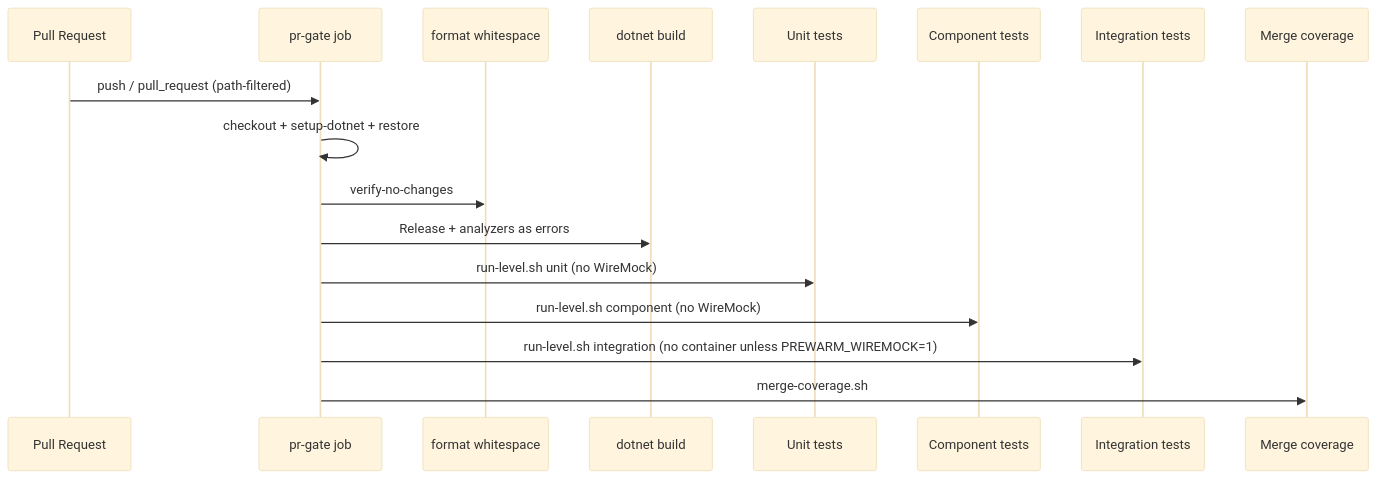
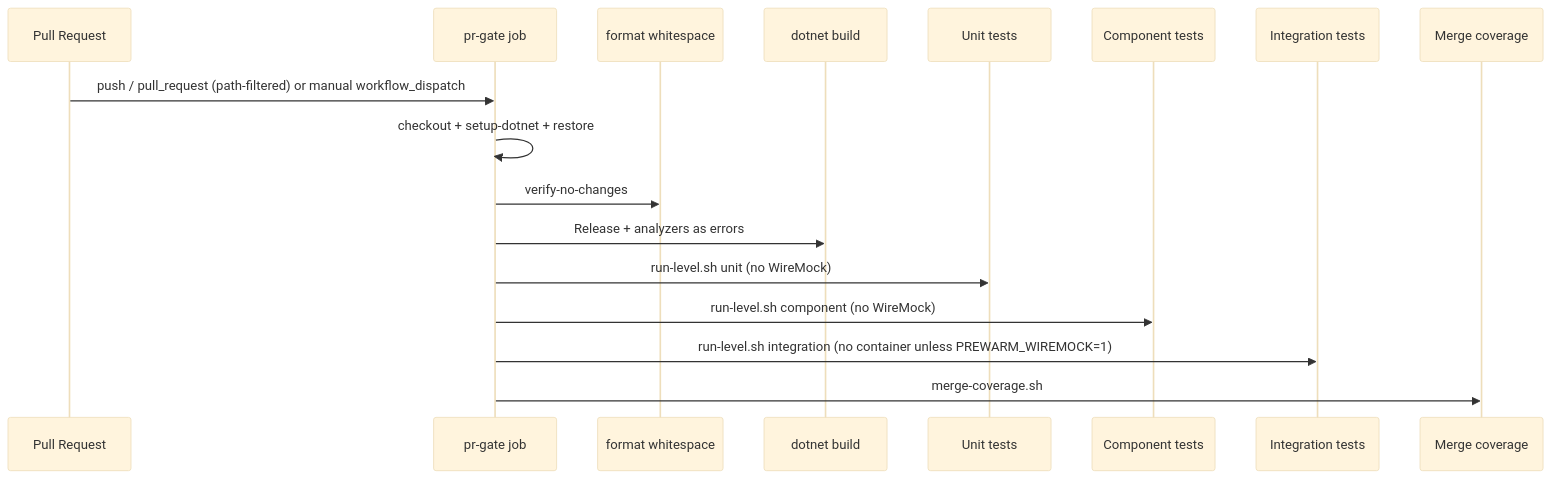
The diagram in .github/CI_AGENTS.md (generic-automation-and-it/smooth-ai-stockanalysis), drawn with Mermaid (base theme) before and after one commit. The commit also changed other lines of this file and 10 other files, not shown here.

````diff
--- a/.github/CI_AGENTS.md
+++ b/.github/CI_AGENTS.md
@@ -30,20 +30,20 @@
 ```mermaid
 sequenceDiagram
     participant PR as Pull Request
     participant Gate as pr-gate job
     participant Format as format whitespace
     participant Build as dotnet build
     participant Unit as Unit tests
     participant Comp as Component tests
     participant Integ as Integration tests
     participant Cov as Merge coverage
 
-    PR->>Gate: push / pull_request (path-filtered)
+    PR->>Gate: push / pull_request (path-filtered) or manual workflow_dispatch
     Gate->>Gate: checkout + setup-dotnet + restore
     Gate->>Format: verify-no-changes
     Gate->>Build: Release + analyzers as errors
     Gate->>Unit: run-level.sh unit (no WireMock)
     Gate->>Comp: run-level.sh component (no WireMock)
     Gate->>Integ: run-level.sh integration (no container unless PREWARM_WIREMOCK=1)
     Gate->>Cov: merge-coverage.sh
 ```
````
